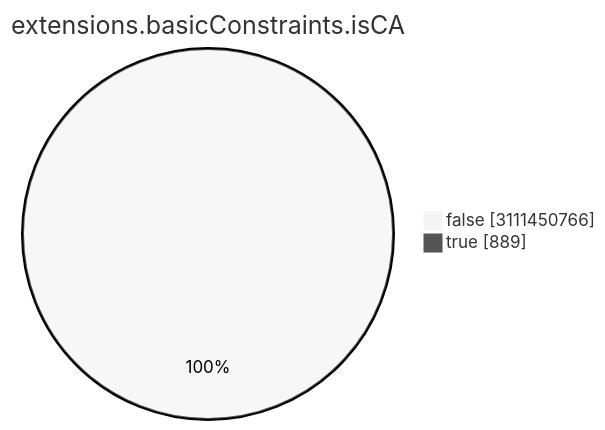
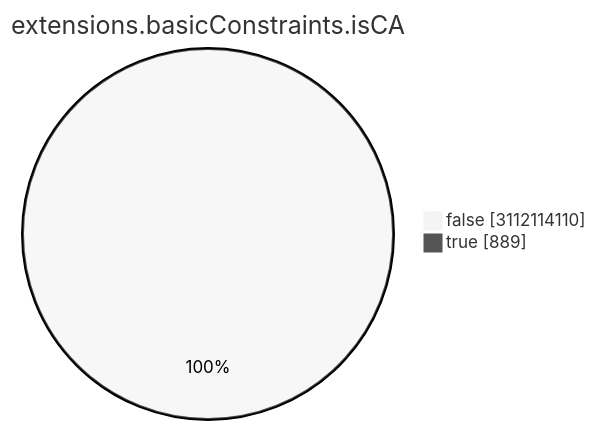
The seventh of 15 diagrams in TOTAL/README.md (christiankrug/ctmonitor_visualization), drawn with Mermaid (neutral theme) before and after one commit. The commit also changed other lines of this file, not shown here.

````diff
--- a/TOTAL/README.md
+++ b/TOTAL/README.md
@@ -3086,6 +3086,6 @@
 ```mermaid
 pie showData
 title extensions.basicConstraints.isCA
-"false" :3111450766
+"false" :3112114110
 "true" :889
 ```
````
